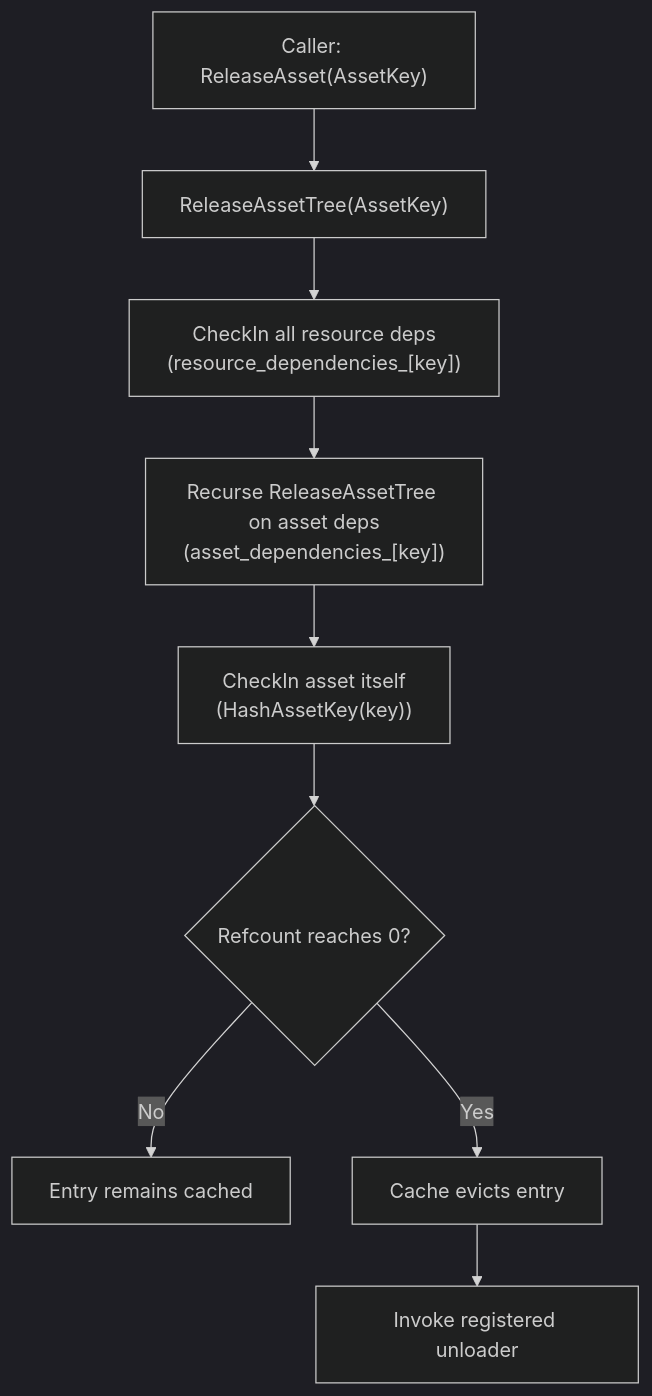
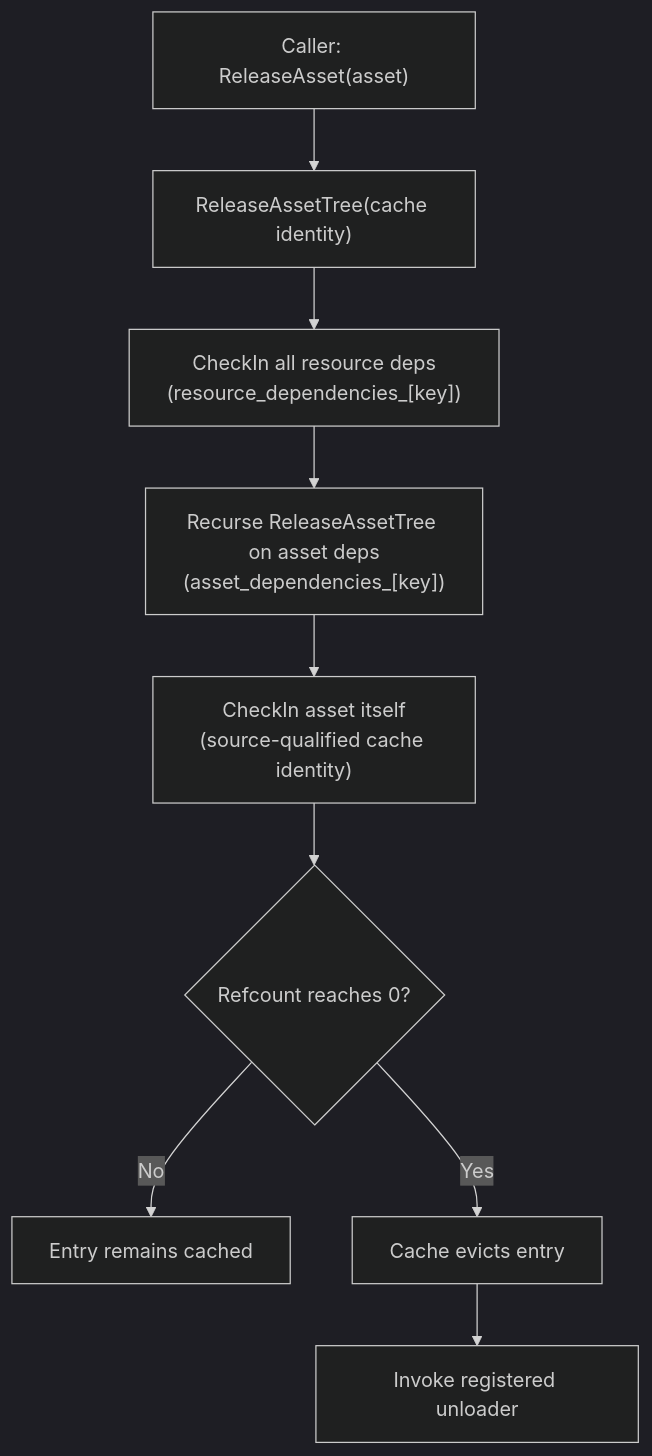
One commit to abdes/DroidNet changed the diagram in projects/Oxygen.Engine/src/Oxygen/Content/Docs/deps_and_cache.md. Above: the diagram before and after it, drawn with Mermaid (dark theme). The commit also changed other lines of this file and 459 other files, not shown here.

````diff
--- a/projects/Oxygen.Engine/src/Oxygen/Content/Docs/deps_and_cache.md
+++ b/projects/Oxygen.Engine/src/Oxygen/Content/Docs/deps_and_cache.md
@@ -154,11 +167,11 @@
 ```mermaid
 flowchart TD
-   A["Caller: ReleaseAsset(AssetKey)"] --> B["ReleaseAssetTree(AssetKey)"]
+   A["Caller: ReleaseAsset(asset)"] --> B["ReleaseAssetTree(cache identity)"]
    B --> C["CheckIn all resource deps<br/>(resource_dependencies_[key])"]
    C --> D["Recurse ReleaseAssetTree on asset deps<br/>(asset_dependencies_[key])"]
-   D --> E["CheckIn asset itself<br/>(HashAssetKey(key))"]
+   D --> E["CheckIn asset itself<br/>(source-qualified cache identity)"]
    E --> F{"Refcount reaches 0?"}
    F -- No --> G["Entry remains cached"]
    F -- Yes --> H["Cache evicts entry"]
    H --> I["Invoke registered unloader"]
 ```
````
